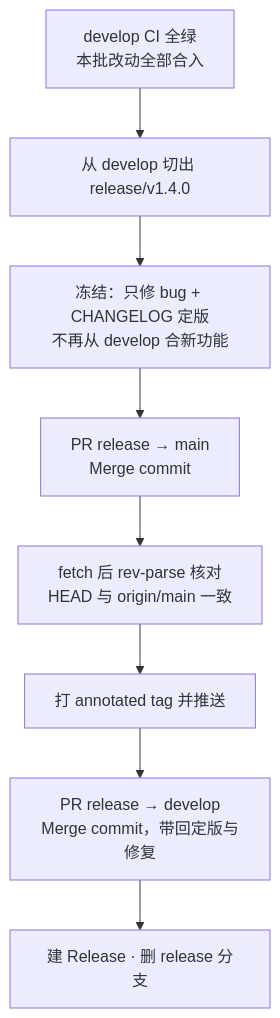
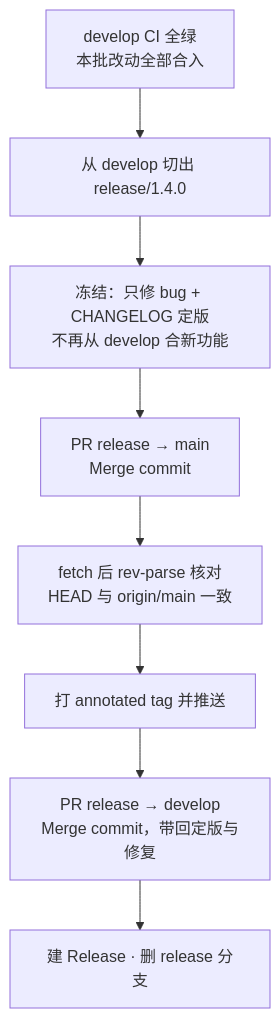
One commit to ShenHaoCore/AuthHub changed the second of 2 diagrams in CONTRIBUTING.md. Above: the diagram before and after it, drawn with Mermaid. The commit also changed other lines of this file, not shown here.

Commit message:
docs: 统一 release/hotfix 分支命名示例（不带 v 前缀，v 只在 tag 上）

````diff
--- a/CONTRIBUTING.md
+++ b/CONTRIBUTING.md
@@ -112,10 +112,10 @@
 ```mermaid
 flowchart TD
-    A["develop CI 全绿<br/>本批改动全部合入"] --> B["从 develop 切出 release/v1.4.0"]
+    A["develop CI 全绿<br/>本批改动全部合入"] --> B["从 develop 切出 release/1.4.0"]
     B --> C["冻结：只修 bug + CHANGELOG 定版<br/>不再从 develop 合新功能"]
     C --> D["PR release → main<br/>Merge commit"]
     D --> E["fetch 后 rev-parse 核对<br/>HEAD 与 origin/main 一致"]
     E --> F["打 annotated tag 并推送"]
     F --> G["PR release → develop<br/>Merge commit，带回定版与修复"]
     G --> H["建 Release · 删 release 分支"]
 ```
````
